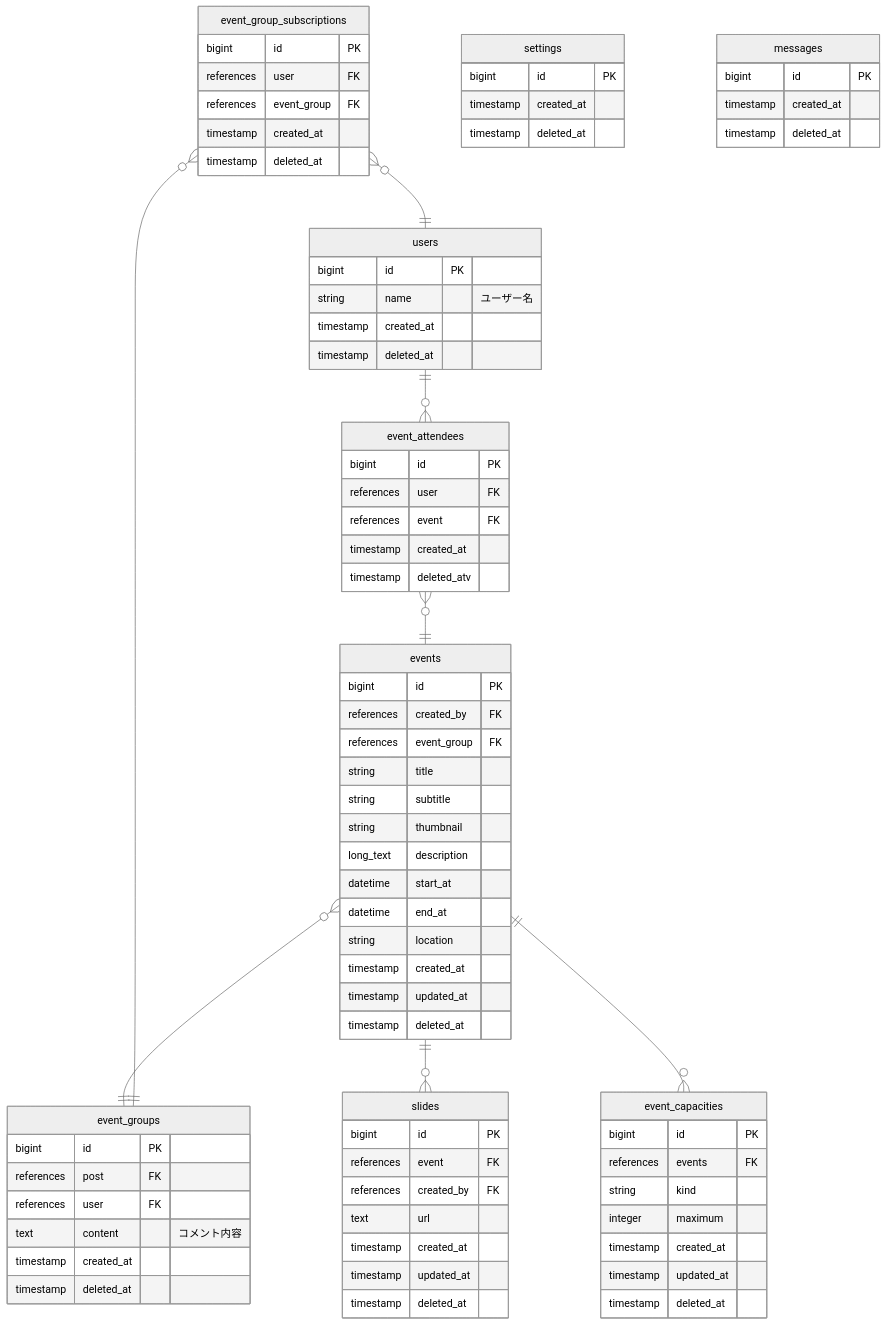
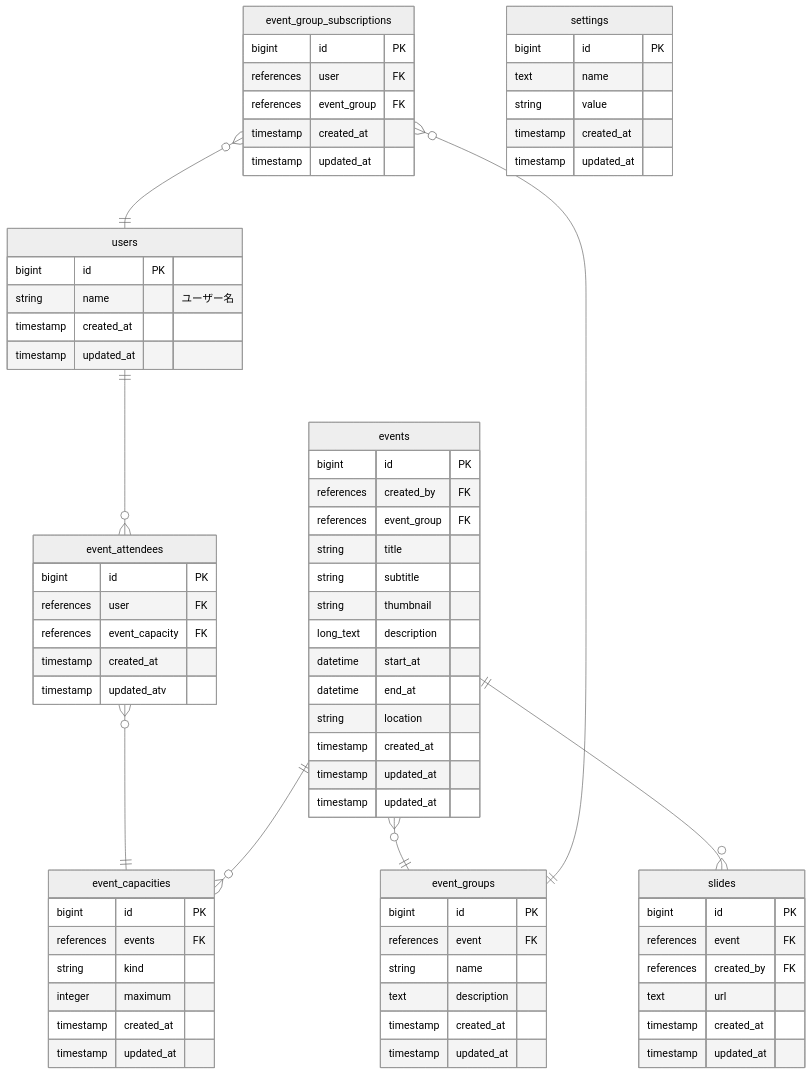
Before and after one commit to Godan/ConCon: the diagram in docs/er.md, drawn with Mermaid (neutral theme).

Commit message:
add: ひとまず必要そうなのを入れました
messageは実装イメージを固めないと池なさそうなのと優先度的に落としていいのではと思って除きました

````diff
--- a/docs/er.md
+++ b/docs/er.md
@@ -2,7 +2,7 @@
 erDiagram
   users ||--o{ event_attendees : ""
   event_group_subscriptions }o--|| users: ""
-  event_attendees }o--|| events : ""
+  event_attendees }o--|| event_capacities : ""
   events }o--|| event_groups: ""
   event_group_subscriptions }o--|| event_groups: ""
   events ||--o{ slides: ""
@@ -12,7 +12,7 @@
     bigint id PK
     string name "ユーザー名"
     timestamp created_at
-    timestamp deleted_at
+    timestamp updated_at
   }
 
   events {
@@ -28,7 +28,7 @@
     string location
     timestamp created_at
     timestamp updated_at
-    timestamp deleted_at
+    timestamp updated_at
   }
 
   event_capacities {
@@ -38,7 +38,6 @@
     integer maximum
     timestamp created_at
     timestamp updated_at
-    timestamp deleted_at
   }
 
   slides {
@@ -48,24 +47,23 @@
     text url
     timestamp created_at
     timestamp updated_at
-    timestamp deleted_at
   }
 
   event_attendees {
     bigint id PK
     references user FK
-    references event FK
+    references event_capacity FK
     timestamp created_at
-    timestamp deleted_atv
+    timestamp updated_atv
   }
 
   event_groups {
     bigint id PK
-    references post FK
-    references user FK
-    text content "コメント内容"
+    references event FK
+    string name
+    text description
     timestamp created_at
-    timestamp deleted_at
+    timestamp updated_at
   }
 
   event_group_subscriptions {
@@ -73,18 +71,16 @@
     references user FK
     references event_group FK
     timestamp created_at
-    timestamp deleted_at
+    timestamp updated_at
   }
 
   settings {
     bigint id PK
+    text name
+    string value
     timestamp created_at
-    timestamp deleted_at
+    timestamp updated_at
   }
 
-  messages {
-    bigint id PK
-    timestamp created_at
-    timestamp deleted_at
-  }
+
   ```
````
